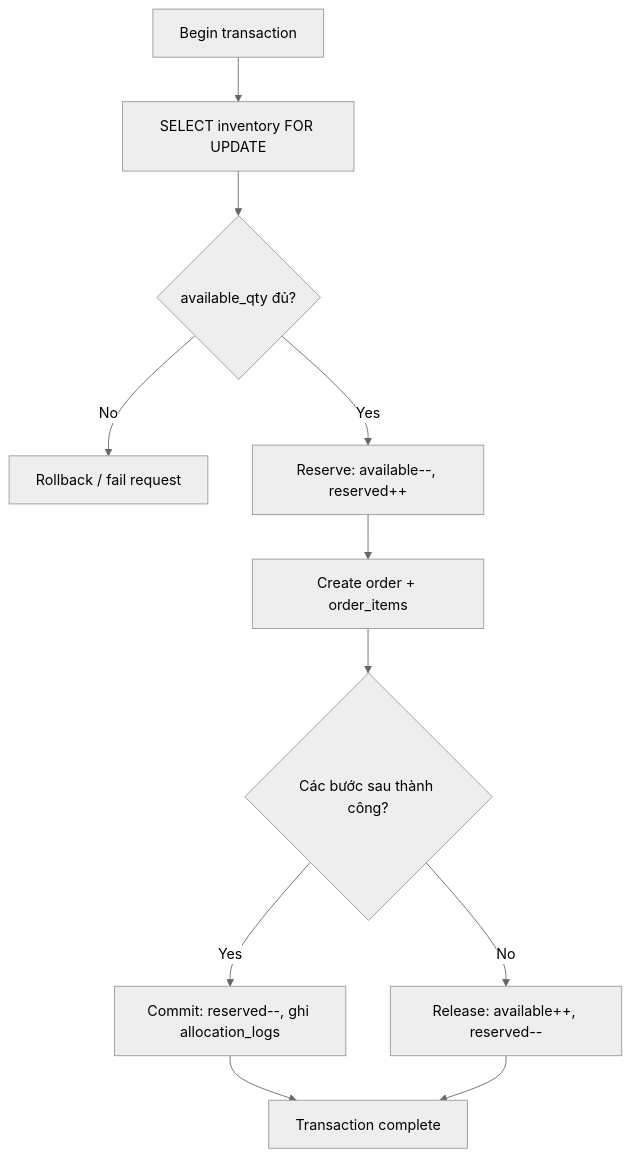
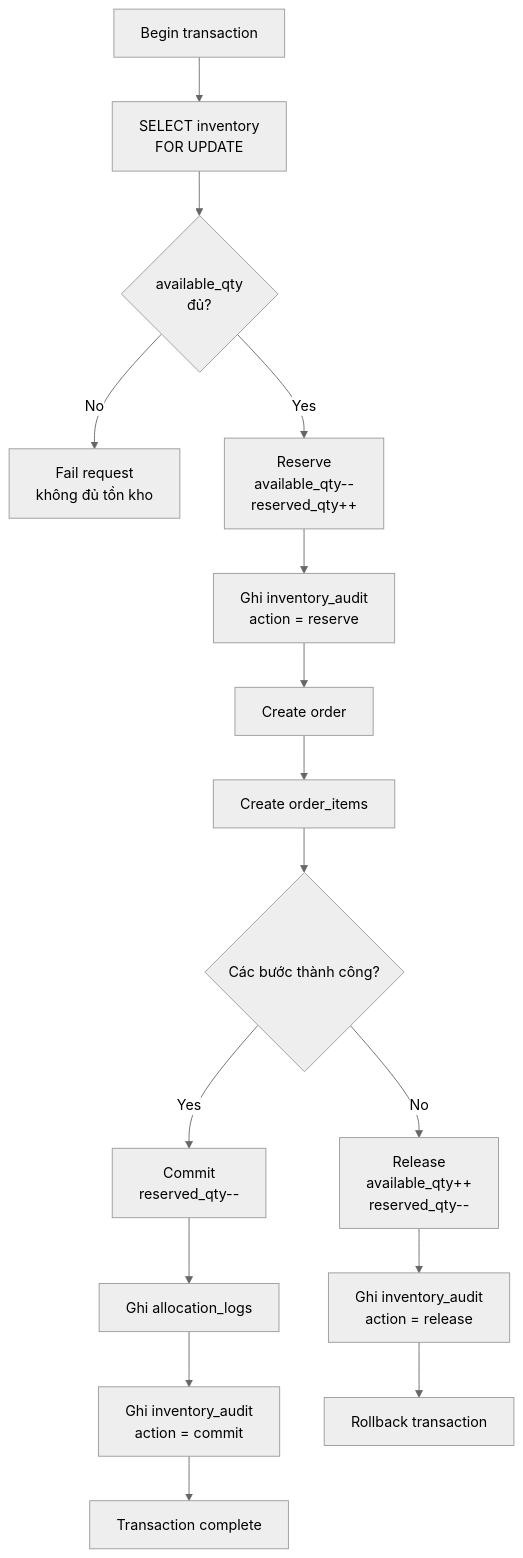
The first of 2 diagrams in docs/06-dong-thoi-va-nhat-quan.md (tranvietanh0/BTL-CSDLPT), drawn with Mermaid (neutral theme) before and after one commit. The commit also changed other lines of this file and 2 other files, not shown here.

````diff
--- a/docs/06-dong-thoi-va-nhat-quan.md
+++ b/docs/06-dong-thoi-va-nhat-quan.md
@@ -111,13 +110,34 @@
 ```mermaid
 flowchart TD
-    A[Begin transaction] --> B[SELECT inventory FOR UPDATE]
-    B --> C{available_qty đủ?}
-    C -- No --> D[Rollback / fail request]
-    C -- Yes --> E[Reserve: available--, reserved++]
-    E --> F[Create order + order_items]
-    F --> G{Các bước sau thành công?}
-    G -- Yes --> H[Commit: reserved--, ghi allocation_logs]
-    G -- No --> I[Release: available++, reserved--]
-    H --> J[Transaction complete]
-    I --> J
+    A[Begin transaction]
+
+    A --> B[SELECT inventory<br/>FOR UPDATE]
+
+    B --> C{available_qty<br/>đủ?}
+
+    C -- No --> D[Fail request<br/>không đủ tồn kho]
+
+    C -- Yes --> E[Reserve<br/>available_qty--<br/>reserved_qty++]
+
+    E --> F[Ghi inventory_audit<br/>action = reserve]
+
+    F --> G[Create order]
+
+    G --> H[Create order_items]
+
+    H --> I{Các bước thành công?}
+
+    I -- Yes --> J[Commit<br/>reserved_qty--]
+
+    J --> K[Ghi allocation_logs]
+
+    K --> L[Ghi inventory_audit<br/>action = commit]
+
+    L --> M[Transaction complete]
+
+    I -- No --> N[Release<br/>available_qty++<br/>reserved_qty--]
+
+    N --> O[Ghi inventory_audit<br/>action = release]
+
+    O --> P[Rollback transaction]
 ```
````
